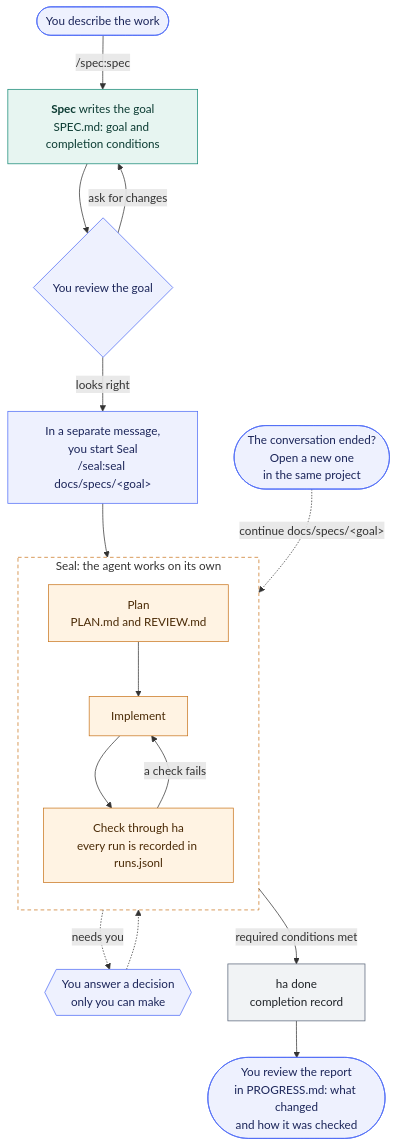
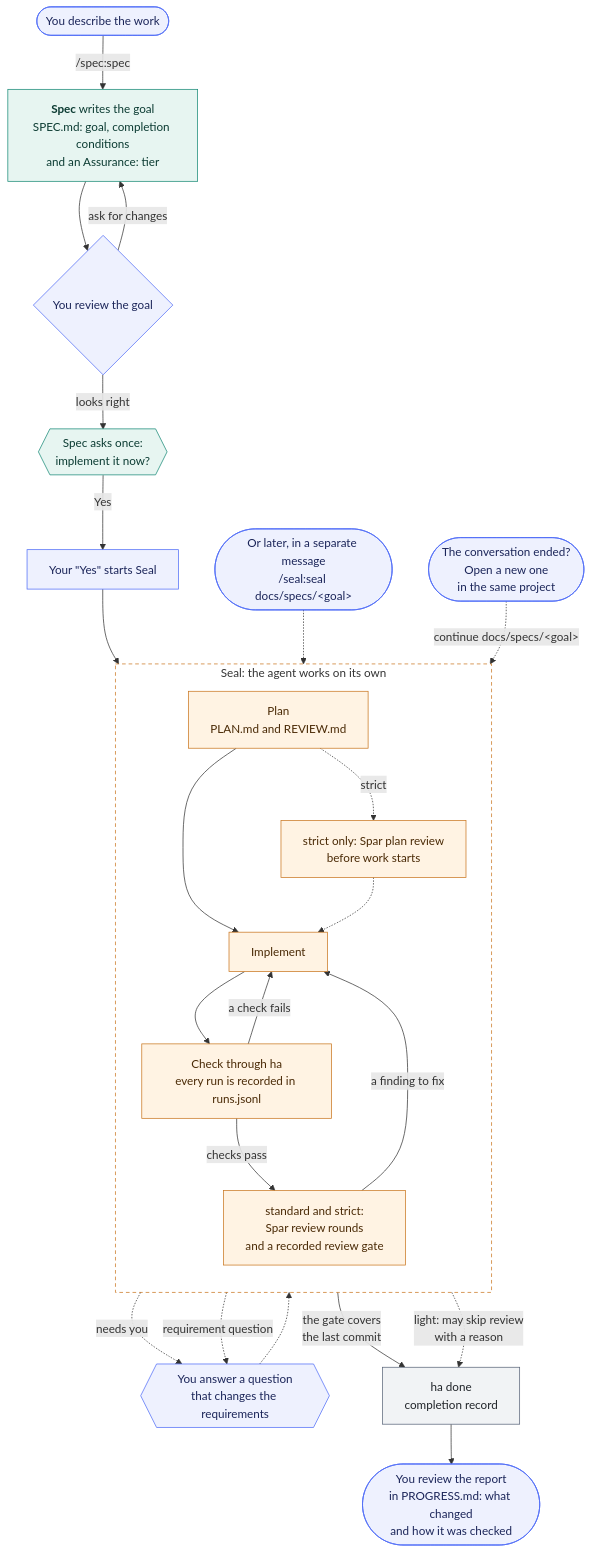
The diagram in README.md (jgoneit/jaekit), drawn with Mermaid before and after one commit. The commit also changed other lines of this file and 1 other file, not shown here.

Commit message:
Show the v0.1.7 flow in the README diagram, captions and image text
The How it works diagram now shows Spec's implement-now question, the
yes that starts Seal and the separate message that still does, checks
recorded through ha, Spar review rounds and the gate for standard and
strict goals, the strict plan review, light skipping review with a
reason, and requirement questions coming to the user. The folder tree
adds the Git-ignored Spar records, and the alt texts follow the new
images.

````diff
--- a/README.md
+++ b/README.md
@@ -38,36 +38,49 @@
 ```mermaid
 flowchart TD
     ask(["You describe the work"])
-    spec["<b>Spec</b> writes the goal<br/>SPEC.md: goal and completion conditions"]
+    spec["<b>Spec</b> writes the goal<br/>SPEC.md: goal, completion conditions<br/>and an Assurance: tier"]
     review{"You review the goal"}
-    start["In a separate message,<br/>you start Seal<br/>/seal:seal docs/specs/#lt;goal#gt;"]
+    asknow{{"Spec asks once:<br/>implement it now?"}}
+    start["Your #quot;Yes#quot; starts Seal"]
+    separate(["Or later, in a separate message<br/>/seal:seal docs/specs/#lt;goal#gt;"])
     subgraph seal ["Seal: the agent works on its own"]
         direction TB
         plan["Plan<br/>PLAN.md and REVIEW.md"]
+        planreview["strict only: Spar plan review<br/>before work starts"]
         build["Implement"]
         check["Check through ha<br/>every run is recorded in runs.jsonl"]
+        spar["standard and strict:<br/>Spar review rounds<br/>and a recorded review gate"]
         plan --> build --> check
+        plan -.->|"strict"| planreview -.-> build
         check -->|"a check fails"| build
+        check -->|"checks pass"| spar
+        spar -->|"a finding to fix"| build
     end
-    decide{{"You answer a decision<br/>only you can make"}}
+    decide{{"You answer a question<br/>that changes the requirements"}}
     done["ha done<br/>completion record"]
     report(["You review the report<br/>in PROGRESS.md: what changed<br/>and how it was checked"])
     resume(["The conversation ended?<br/>Open a new one<br/>in the same project"])
 
     ask -->|"/spec:spec"| spec --> review
     review -->|"ask for changes"| spec
-    review -->|"looks right"| start --> plan
-    check -.->|"needs you"| decide -.-> build
-    check -->|"required conditions met"| done --> report
+    review -->|"looks right"| asknow
+    asknow -->|"Yes"| start --> plan
+    separate -.-> plan
+    check -.->|"needs you"| decide
+    spar -.->|"requirement question"| decide
+    decide -.-> build
+    spar -->|"the gate covers<br/>the last commit"| done
+    check -.->|"light: may skip review<br/>with a reason"| done
+    done --> report
     resume -.->|"continue docs/specs/#lt;goal#gt;"| plan
 
     classDef you fill:#EEF1FE,stroke:#4F6CF7,color:#1B2559
     classDef specStep fill:#E7F5F1,stroke:#168975,color:#0B3B32
     classDef sealStep fill:#FFF3E3,stroke:#C9761F,color:#4A2A06
     classDef record fill:#F1F3F5,stroke:#596579,color:#1F2328
-    class ask,review,start,decide,report,resume you
-    class spec specStep
-    class plan,build,check sealStep
+    class ask,review,start,separate,decide,report,resume you
+    class spec,asknow specStep
+    class plan,planreview,build,check,spar sealStep
     class done record
     style seal fill:none,stroke:#C9761F,stroke-dasharray:5 4
 ```
````
